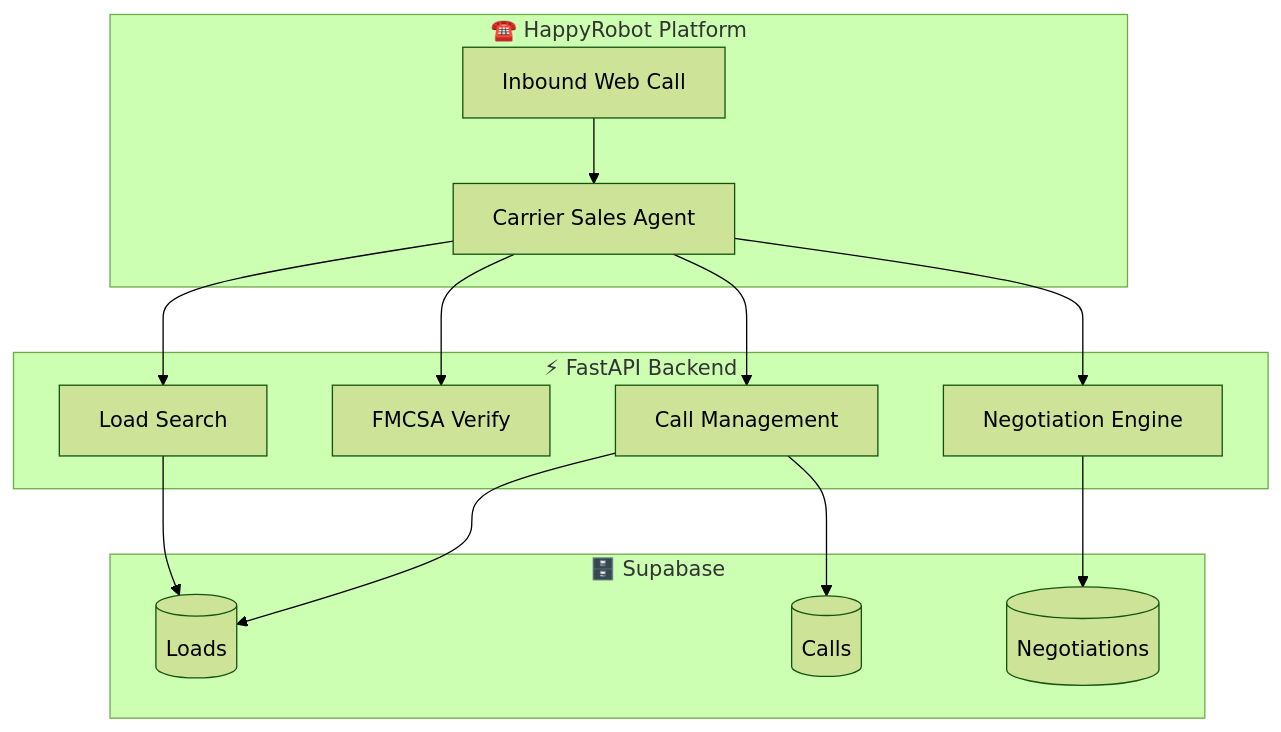
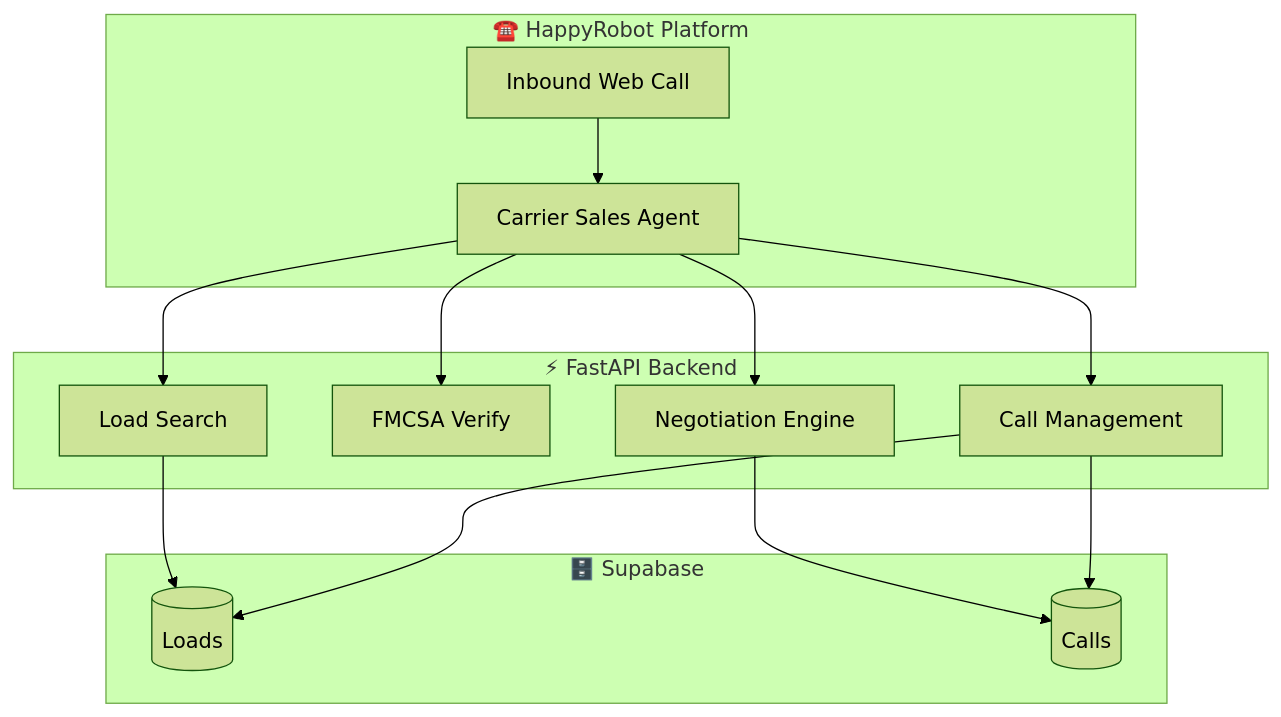
Before and after one commit to miguelpalospou/happy-robot-challenge: the first of 13 diagrams in README.md, drawn with Mermaid (forest theme). The commit also changed other lines of this file and 2 other files, not shown here.

First line of the commit message:
Update docs for simplified schema (no carriers/negotiations tables)

````diff
--- a/README.md
+++ b/README.md
@@ -16,24 +16,22 @@
 ```mermaid
 flowchart TB
     subgraph HappyRobot["☎️ HappyRobot Platform"]
         A[Inbound Web Call] --> B[Carrier Sales Agent]
     end
     
     subgraph API["⚡ FastAPI Backend"]
         C[Load Search]
         D[FMCSA Verify]
         E[Negotiation Engine]
         F[Call Management]
     end
     
     subgraph DB["🗄️ Supabase"]
         G[(Loads)]
         H[(Calls)]
-        I[(Negotiations)]
     end
     
     B --> C & D & E & F
     C & F --> G
-    F --> H
-    E --> I
+    E & F --> H
 ```
````
